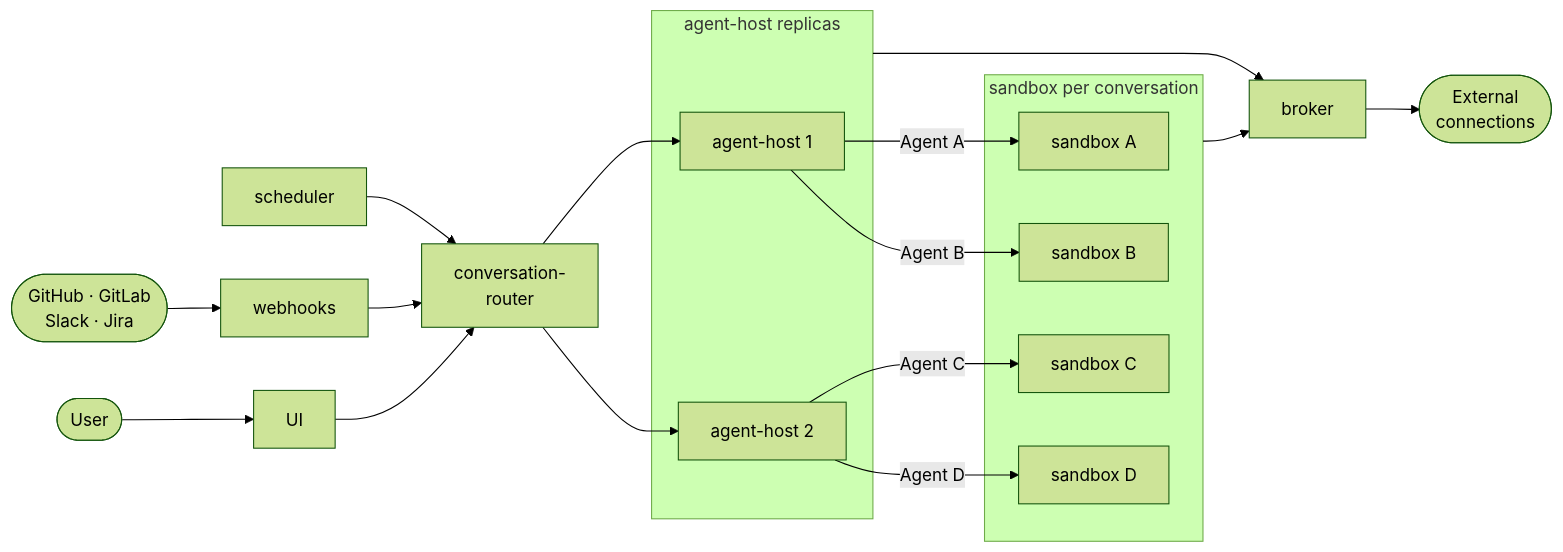
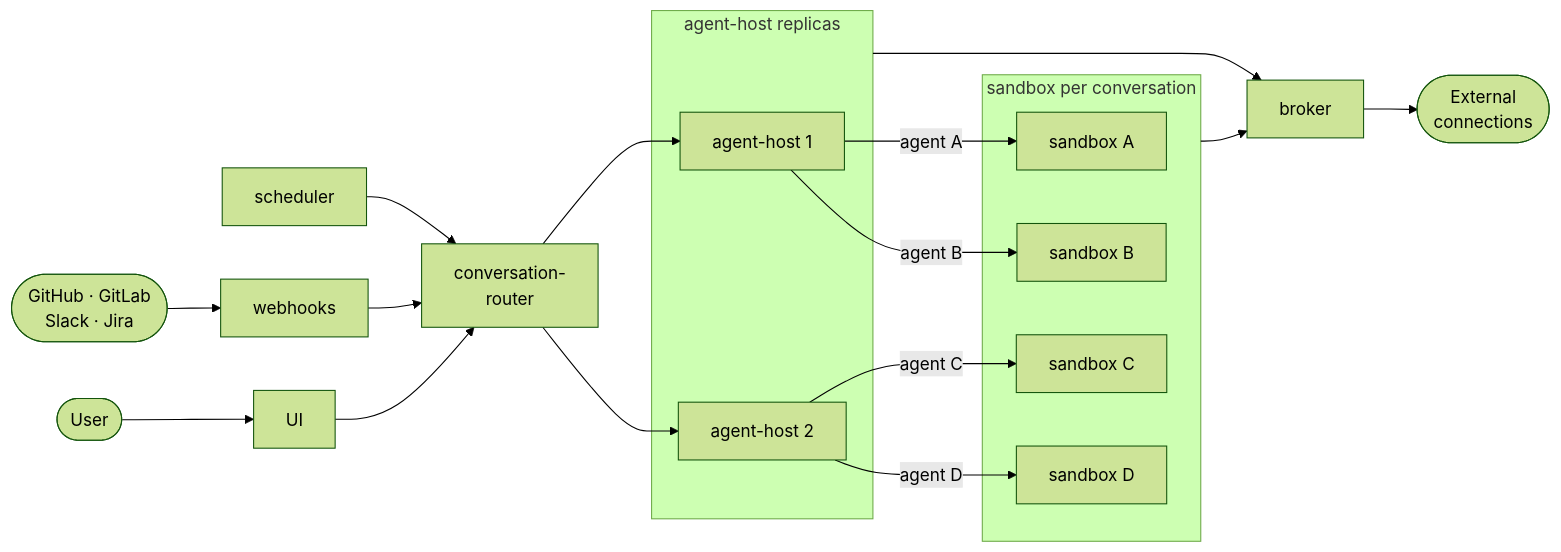
The diagram in docs/architecture.md (chadac-me/scooter), drawn with Mermaid (forest theme) before and after one commit.

Commit message:
docs(architecture): lowercase agent labels to match the other nodes

````diff
--- a/docs/architecture.md
+++ b/docs/architecture.md
@@ -9,37 +9,37 @@
 ```mermaid
 flowchart LR
     user(["User"])
     ext(["GitHub · GitLab<br/>Slack · Jira"])
 
     ui["UI"]
     webhooks["webhooks"]
     sched["scheduler"]
     router["conversation-<br/>router"]
 
     subgraph hosts["agent-host replicas"]
         host1["agent-host 1"]
         host2["agent-host 2"]
     end
 
     subgraph sandboxes["sandbox per conversation"]
         sb1["sandbox A"]
         sb2["sandbox B"]
         sb3["sandbox C"]
         sb4["sandbox D"]
     end
 
     broker["broker"]
     world(["External<br/>connections"])
 
     user --> ui --> router
     ext --> webhooks --> router
     sched --> router
     router --> host1 & host2
-    host1 -->|Agent A| sb1
-    host1 -->|Agent B| sb2
-    host2 -->|Agent C| sb3
-    host2 -->|Agent D| sb4
+    host1 -->|agent A| sb1
+    host1 -->|agent B| sb2
+    host2 -->|agent C| sb3
+    host2 -->|agent D| sb4
     sandboxes --> broker
     hosts --> broker
     broker --> world
 ```
````
